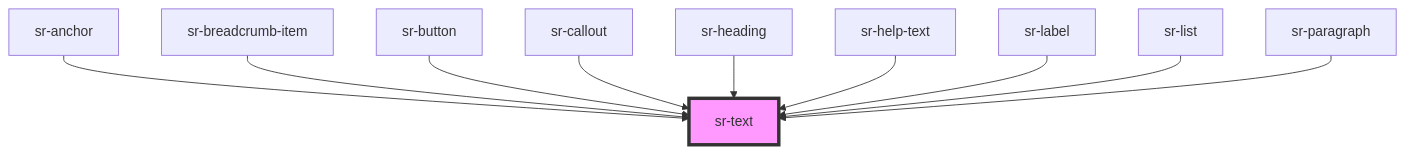
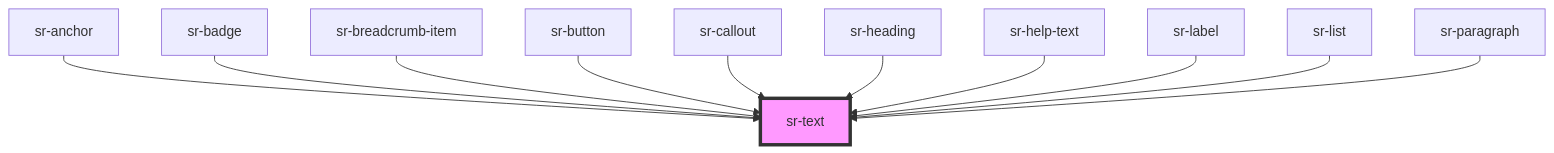
One commit to tonyblu331/spotify-replay-design-system changed the diagram in src/components/primitives/sr-text/readme.md. Above: the diagram before and after it, drawn with Mermaid. The commit also changed other lines of this file and 8 other files, not shown here.

````diff
--- a/src/components/primitives/sr-text/readme.md
+++ b/src/components/primitives/sr-text/readme.md
@@ -47,13 +48,14 @@
 ```mermaid
 graph TD;
   sr-anchor --> sr-text
+  sr-badge --> sr-text
   sr-breadcrumb-item --> sr-text
   sr-button --> sr-text
   sr-callout --> sr-text
   sr-heading --> sr-text
   sr-help-text --> sr-text
   sr-label --> sr-text
   sr-list --> sr-text
   sr-paragraph --> sr-text
   style sr-text fill:#f9f,stroke:#333,stroke-width:4px
 ```
````
